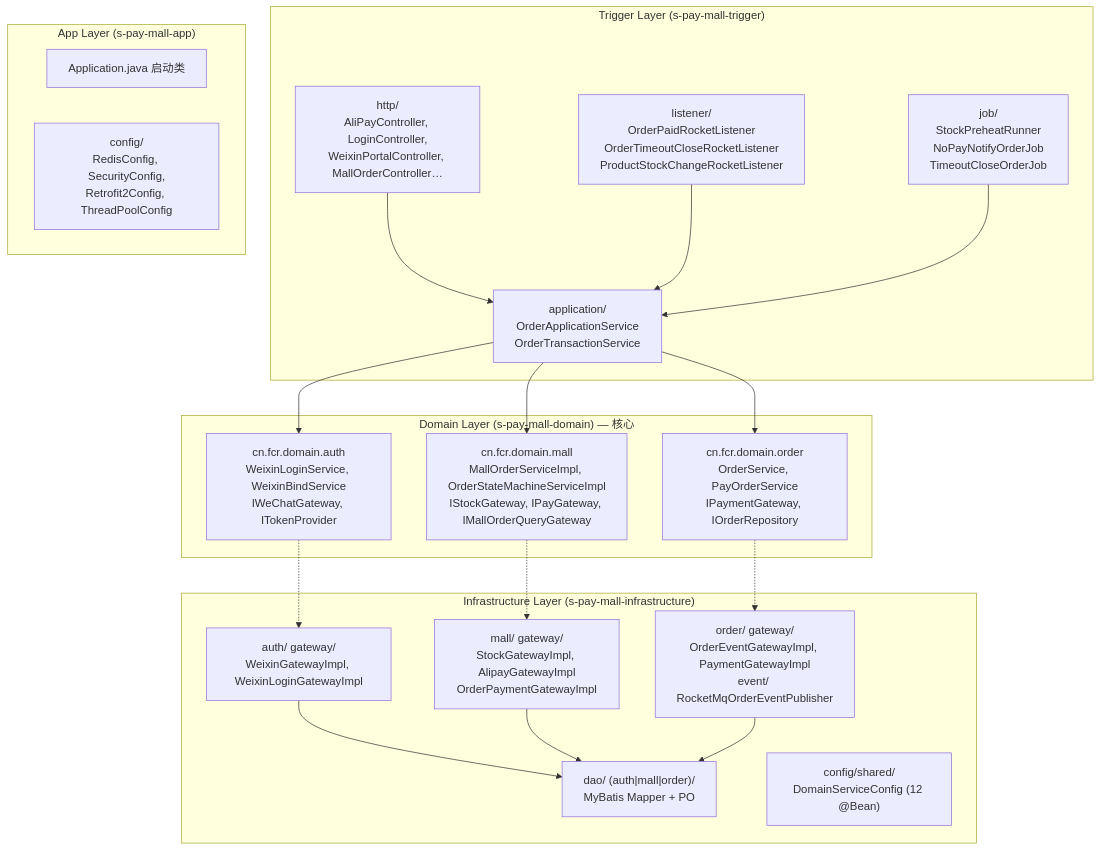
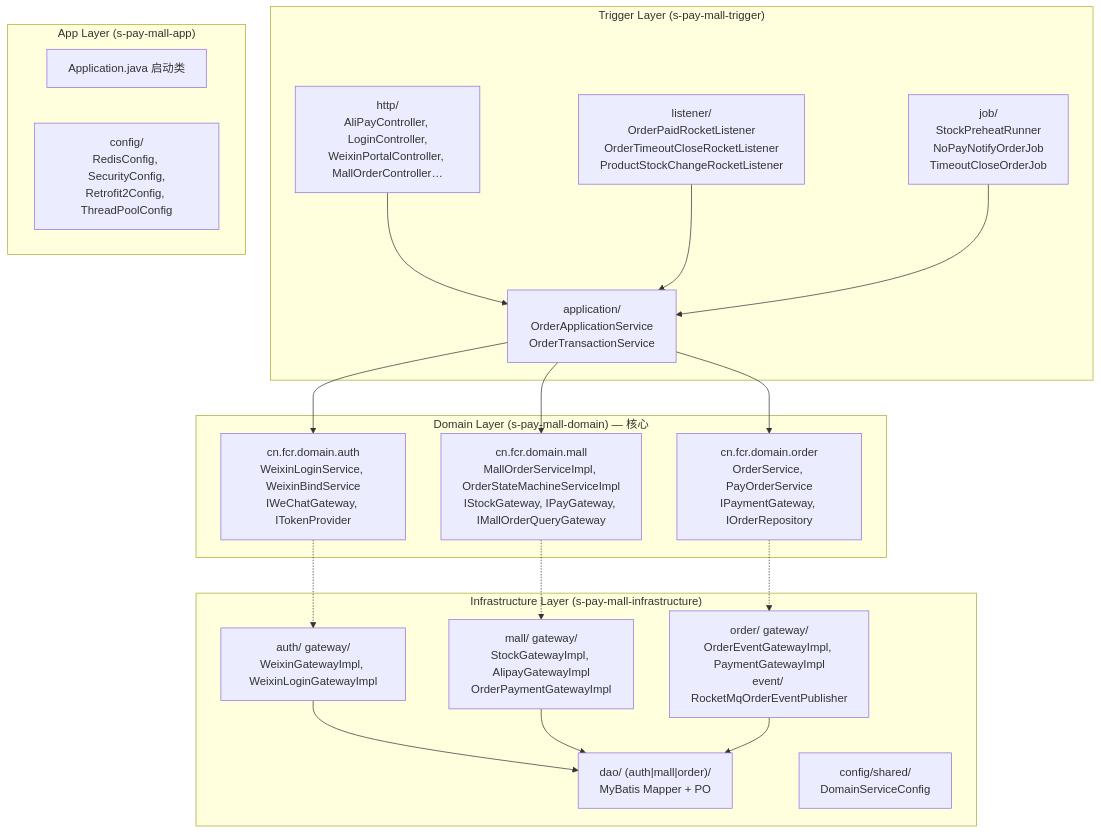
Before and after one commit to sxlva/s-pay-mall: the first of 2 diagrams in docs/design/README.md, drawn with Mermaid. The commit also changed other lines of this file and 15 other files, not shown here.

````diff
--- a/docs/design/README.md
+++ b/docs/design/README.md
@@ -32,41 +12,41 @@
 ```mermaid
 flowchart TB
     subgraph Trigger["Trigger Layer (s-pay-mall-trigger)"]
         T1["http/<br/>AliPayController, LoginController,<br/>WeixinPortalController, MallOrderController…"]
         T2["listener/<br/>OrderPaidRocketListener<br/>OrderTimeoutCloseRocketListener<br/>ProductStockChangeRocketListener"]
         T3["job/<br/>StockPreheatRunner<br/>NoPayNotifyOrderJob<br/>TimeoutCloseOrderJob"]
         T4["application/<br/>OrderApplicationService<br/>OrderTransactionService"]
     end
 
     subgraph App["App Layer (s-pay-mall-app)"]
         A1["Application.java 启动类"]
         A2["config/<br/>RedisConfig, SecurityConfig,<br/>Retrofit2Config, ThreadPoolConfig"]
     end
 
     subgraph Domain["Domain Layer (s-pay-mall-domain) — 核心"]
         D1["cn.fcr.domain.auth<br/>WeixinLoginService, WeixinBindService<br/>IWeChatGateway, ITokenProvider"]
         D2["cn.fcr.domain.mall<br/>MallOrderServiceImpl, OrderStateMachineServiceImpl<br/>IStockGateway, IPayGateway, IMallOrderQueryGateway"]
         D3["cn.fcr.domain.order<br/>OrderService, PayOrderService<br/>IPaymentGateway, IOrderRepository"]
     end
 
     subgraph Infra["Infrastructure Layer (s-pay-mall-infrastructure)"]
         I1["auth/ gateway/<br/>WeixinGatewayImpl, WeixinLoginGatewayImpl"]
         I2["mall/ gateway/<br/>StockGatewayImpl, AlipayGatewayImpl<br/>OrderPaymentGatewayImpl"]
         I3["order/ gateway/<br/>OrderEventGatewayImpl, PaymentGatewayImpl<br/>event/ RocketMqOrderEventPublisher"]
         I4["dao/ (auth|mall|order)/<br/>MyBatis Mapper + PO"]
-        I5["config/shared/<br/>DomainServiceConfig (12 @Bean)"]
+        I5["config/shared/<br/>DomainServiceConfig"]
     end
 
     T1 --> T4
     T2 --> T4
     T3 --> T4
     T4 --> D1
     T4 --> D2
     T4 --> D3
     D1 -.-> I1
     D2 -.-> I2
     D3 -.-> I3
     I1 --> I4
     I2 --> I4
     I3 --> I4
 ```
````
